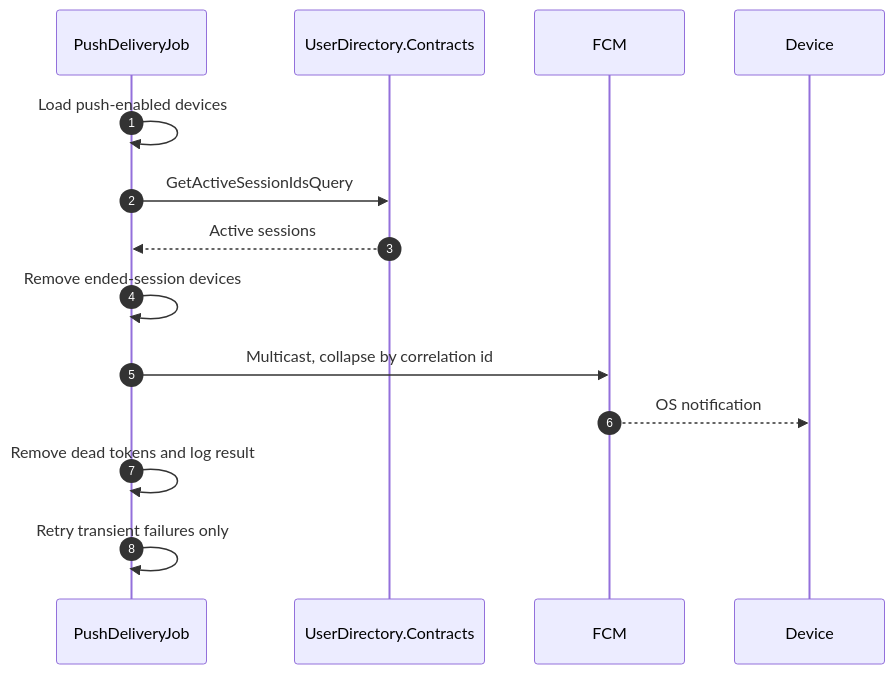
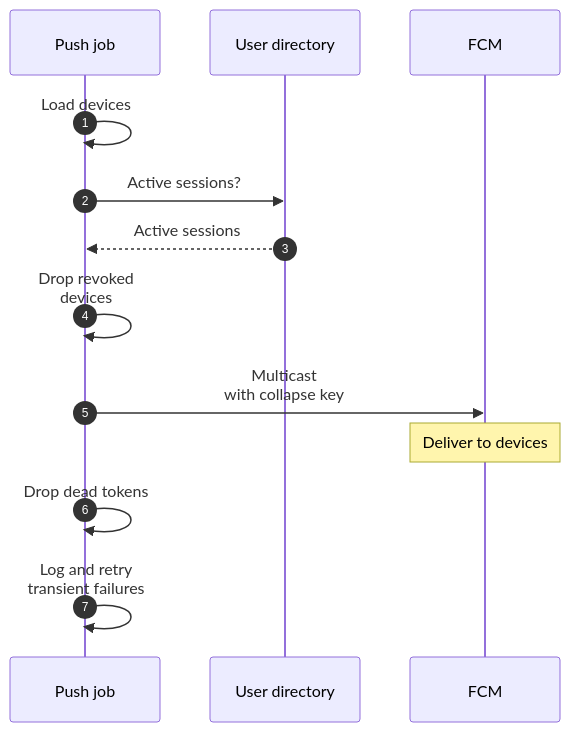
Before and after one commit to mhasabalah/StarterKit: the third of 3 diagrams in wiki/Modules/Notification-Realtime-and-Push.md, drawn with Mermaid. The commit also changed other lines of this file and 7 other files, not shown here.

````diff
--- a/wiki/Modules/Notification-Realtime-and-Push.md
+++ b/wiki/Modules/Notification-Realtime-and-Push.md
@@ -77,16 +53,15 @@
 ```mermaid
 sequenceDiagram
   autonumber
-  participant J as PushDeliveryJob
-  participant U as UserDirectory.Contracts
+  participant J as Push job
+  participant U as User directory
   participant F as FCM
-  participant C as Device
-  J->>J: Load push-enabled devices
-  J->>U: GetActiveSessionIdsQuery
+  J->>J: Load devices
+  J->>U: Active sessions?
   U-->>J: Active sessions
-  J->>J: Remove ended-session devices
-  J->>F: Multicast, collapse by correlation id
-  F-->>C: OS notification
-  J->>J: Remove dead tokens and log result
-  J->>J: Retry transient failures only
+  J->>J: Drop revoked<br/>devices
+  J->>F: Multicast<br/>with collapse key
+  Note over F: Deliver to devices
+  J->>J: Drop dead tokens
+  J->>J: Log and retry<br/>transient failures
 ```
````
